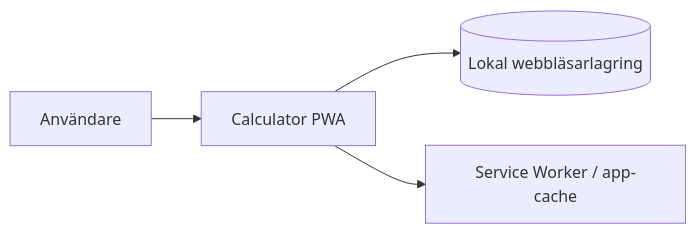
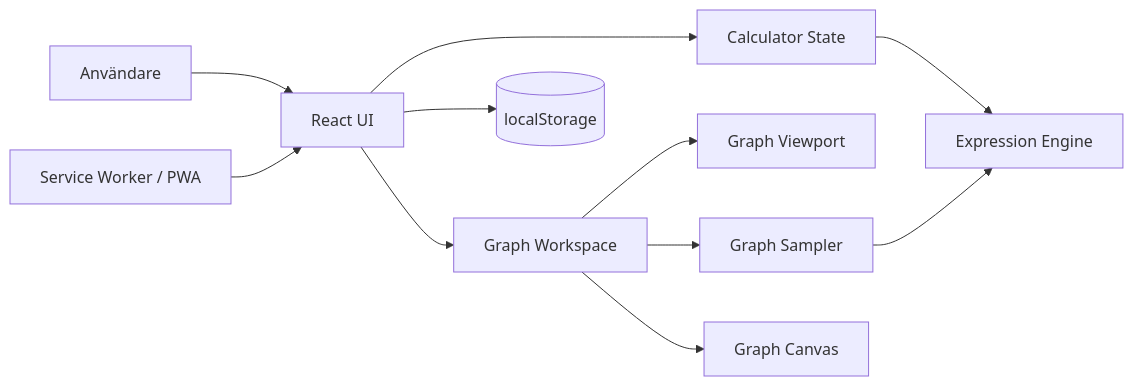
One commit to erland/pwa-calculator changed the diagram in docs/architecture.md. Above: the diagram before and after it, drawn with Mermaid. The commit also changed other lines of this file and 23 other files, not shown here.

First line of the commit message:
Add graphing support (#5)

````diff
--- a/docs/architecture.md
+++ b/docs/architecture.md
@@ -18,6 +18,13 @@
 ```mermaid
 flowchart LR
-    User[Användare] --> App[Calculator PWA]
-    App --> BrowserStorage[(Lokal webbläsarlagring)]
-    App --> ServiceWorker[Service Worker / app-cache]
+    User[Användare] --> UI[React UI]
+    UI --> State[Calculator State]
+    State --> Engine[Expression Engine]
+    UI --> Graph[Graph Workspace]
+    Graph --> Viewport[Graph Viewport]
+    Graph --> Sampler[Graph Sampler]
+    Sampler --> Engine
+    Graph --> Canvas[Graph Canvas]
+    UI --> Storage[(localStorage)]
+    Browser[Service Worker / PWA] --> UI
 ```
````
